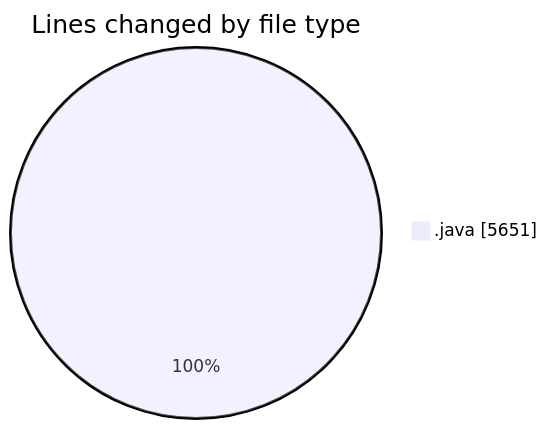
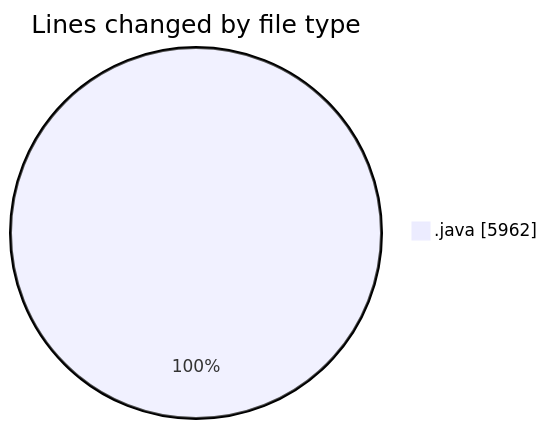
The first of 2 diagrams in 2026-05-05/cilapp/README.md (ricardozamudiocil/code-tracking), drawn with Mermaid before and after one commit. The commit also changed other lines of this file and 1 other file, not shown here.

````diff
--- a/2026-05-05/cilapp/README.md
+++ b/2026-05-05/cilapp/README.md
@@ -25,5 +25,5 @@
 ```mermaid
 pie showData
 title Lines changed by file type
-".java" : 5651
+".java" : 5962
 ```
````
